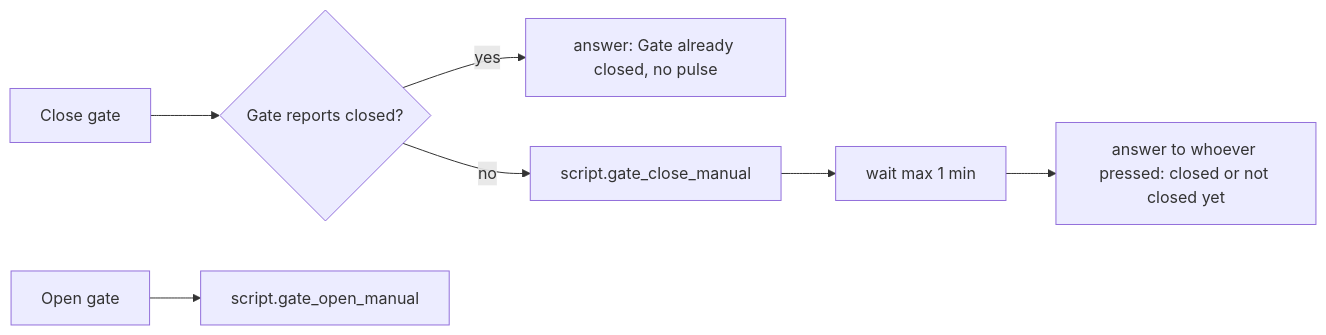
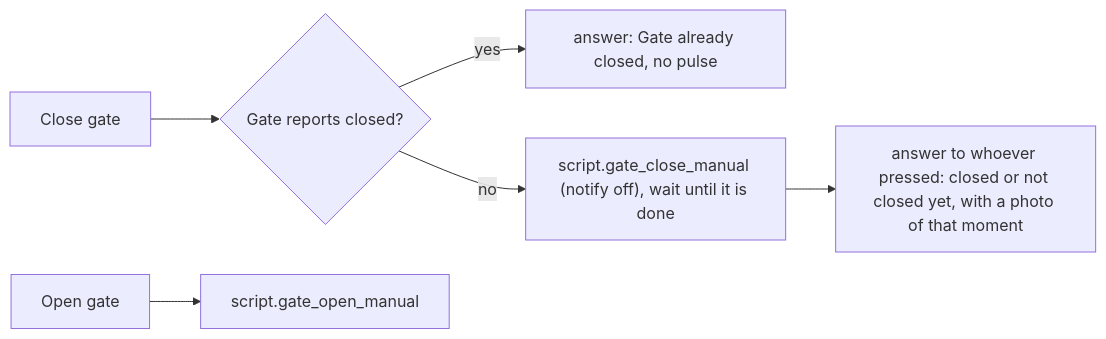
Before and after one commit to smwlms/ha-kit: the fourth of 5 diagrams in modules/gate/LOGIC.md, drawn with Mermaid. The commit also changed other lines of this file and 10 other files, not shown here.

````diff
--- a/modules/gate/LOGIC.md
+++ b/modules/gate/LOGIC.md
@@ -74,7 +117,7 @@
 ```mermaid
 flowchart LR
   K1["Close gate"] --> S{"Gate reports closed?"}
   S -- yes --> A["answer: Gate already closed, no pulse"]
-  S -- no --> P["script.gate_close_manual"] --> W["wait max 1 min"] --> R["answer to whoever pressed: closed or not closed yet"]
+  S -- no --> P["script.gate_close_manual (notify off), wait until it is done"] --> R["answer to whoever pressed: closed or not closed yet, with a photo of that moment"]
   K2["Open gate"] --> O["script.gate_open_manual"]
 ```
````
